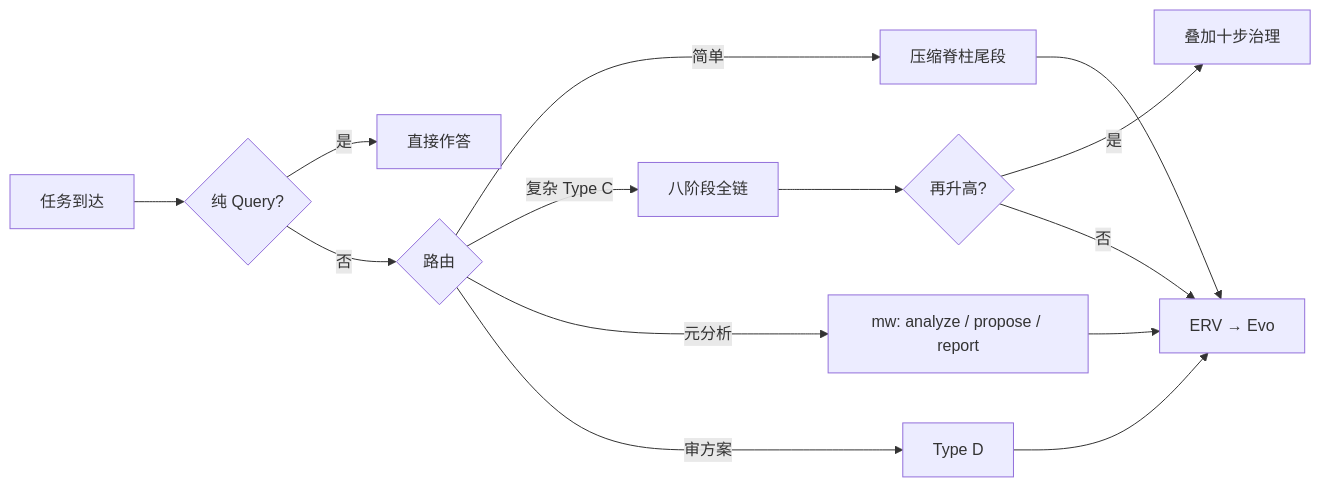
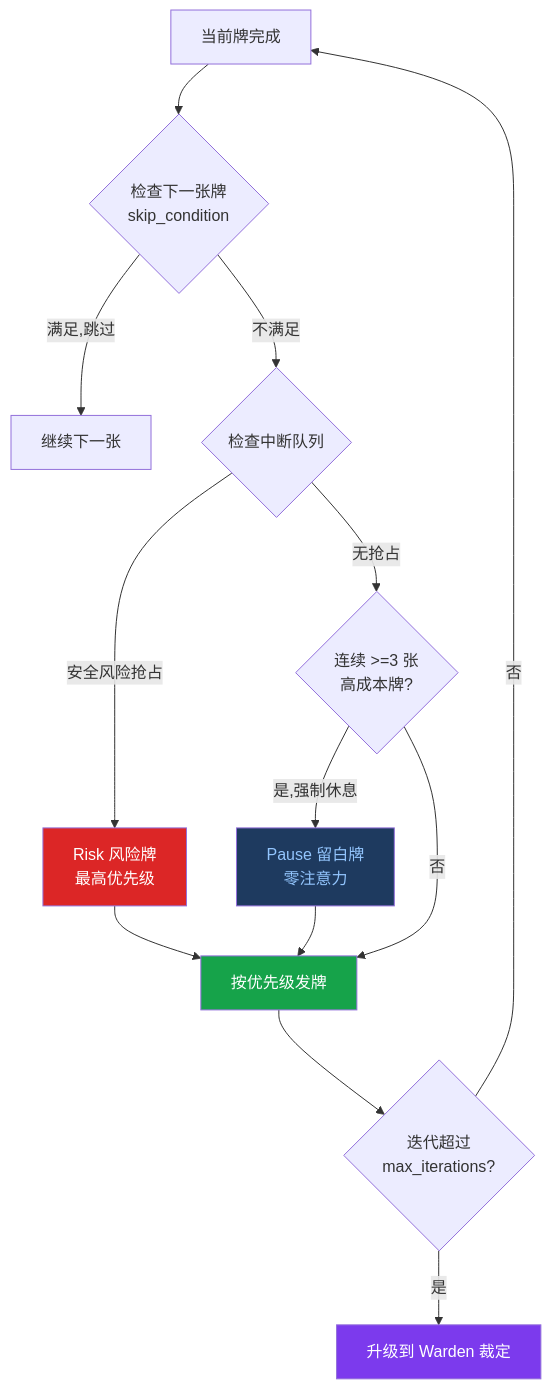
Before and after one commit to limda007/Meta_Kim: the fifth of 9 diagrams in README.zh-CN.md, drawn with Mermaid. The commit also changed other lines of this file and 22 other files, not shown here.

````diff
--- a/README.zh-CN.md
+++ b/README.zh-CN.md
@@ -1150,16 +336,20 @@
 ```mermaid
-flowchart LR
-  T[任务到达] --> Q{纯 Query?}
-  Q -->|是| D[直接作答]
-  Q -->|否| K{路由}
-  K -->|简单| P1[压缩脊柱尾段]
-  K -->|复杂 Type C| P2[八阶段全链]
-  K -->|元分析| P3[mw: analyze / propose / report]
-  K -->|审方案| P4[Type D]
-  P1 --> E[ERV → Evo]
-  P2 --> UP{再升高?}
-  UP -->|是| G["叠加十步治理"]
-  UP -->|否| E
-  P3 --> E
-  P4 --> E
+flowchart TD
+    START[当前牌完成] --> SKIP{检查下一张牌<br/>skip_condition}
+    SKIP -->|满足,跳过| NEXT[继续下一张]
+    SKIP -->|不满足| INTR{检查中断队列}
+    INTR -->|安全风险抢占| RISK[Risk 风险牌<br/>最高优先级]
+    INTR -->|无抢占| PAUSE{连续 >=3 张<br/>高成本牌?}
+    PAUSE -->|是,强制休息| P[Pause 留白牌<br/>零注意力]
+    PAUSE -->|否| DEAL[按优先级发牌]
+    RISK --> DEAL
+    P --> DEAL
+    DEAL --> COUNT{迭代超过<br/>max_iterations?}
+    COUNT -->|是| WARDEN[升级到 Warden 裁定]
+    COUNT -->|否| START
+
+    style RISK fill:#dc2626,color:#fff
+    style P fill:#1e3a5f,color:#93c5fd
+    style WARDEN fill:#7c3aed,color:#fff
+    style DEAL fill:#16a34a,color:#fff
 ```
````
